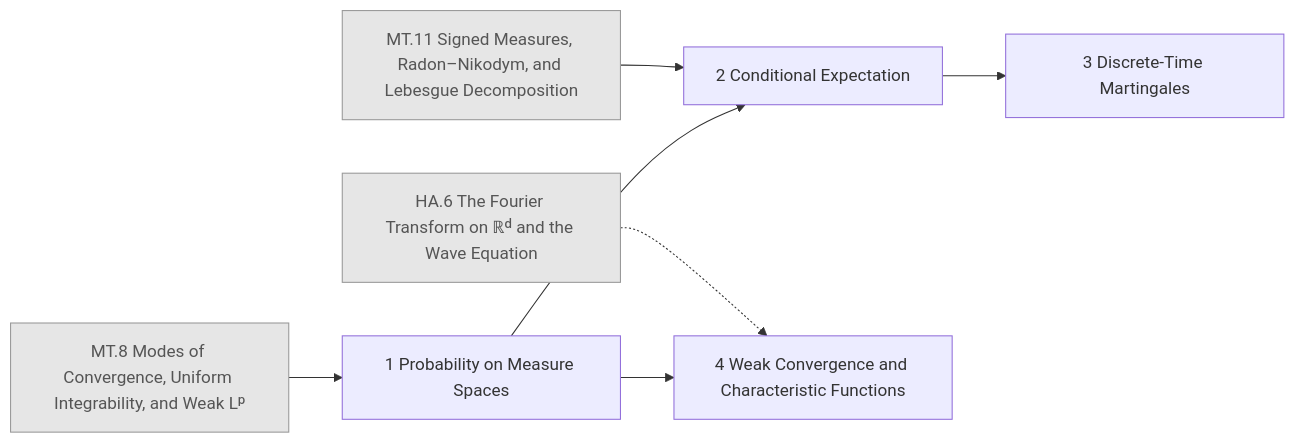
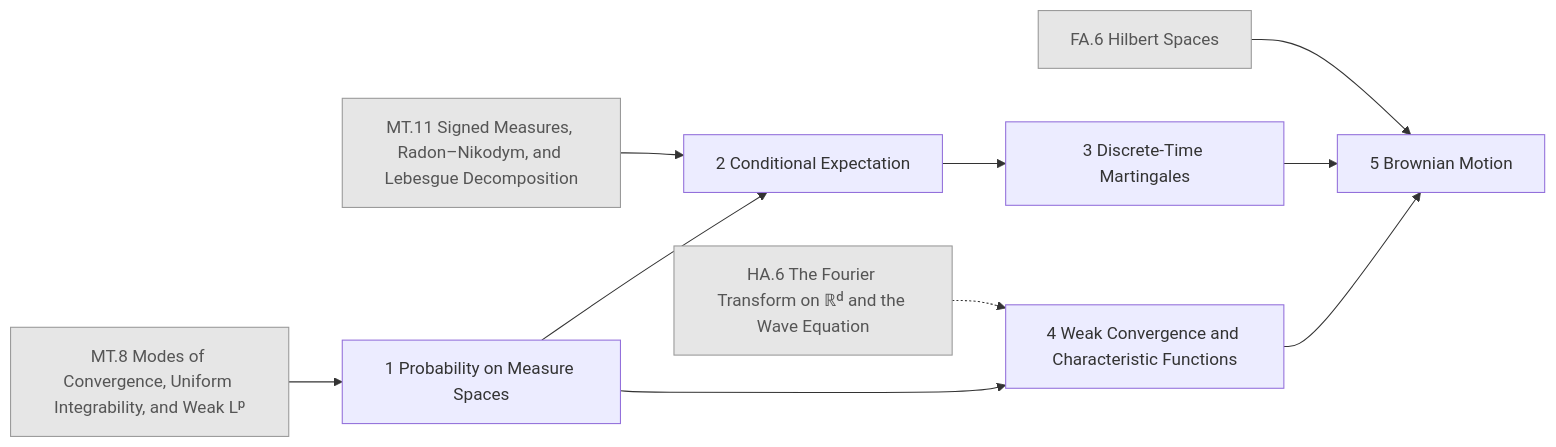
Before and after one commit to AkizumiFox/math-atlas: the diagram in generated/chapters/PR.mmd, drawn with Mermaid. The commit also changed 41 other files, not shown here.

```diff
--- a/generated/chapters/PR.mmd
+++ b/generated/chapters/PR.mmd
@@ -1,17 +1,22 @@
 flowchart LR
+  MT_8["MT.8 Modes of Convergence, Uniform Integrability, and Weak Lᵖ"]:::ext
+  FA_6["FA.6 Hilbert Spaces"]:::ext
+  MT_11["MT.11 Signed Measures, Radon–Nikodym, and Lebesgue Decomposition"]:::ext
   HA_6["HA.6 The Fourier Transform on ℝᵈ and the Wave Equation"]:::ext
-  MT_8["MT.8 Modes of Convergence, Uniform Integrability, and Weak Lᵖ"]:::ext
-  MT_11["MT.11 Signed Measures, Radon–Nikodym, and Lebesgue Decomposition"]:::ext
   PR_1["1 Probability on Measure Spaces"]
   PR_2["2 Conditional Expectation"]
   PR_3["3 Discrete-Time Martingales"]
   PR_4["4 Weak Convergence and Characteristic Functions"]
+  PR_5["5 Brownian Motion"]
   MT_8 --> PR_1
   MT_11 --> PR_2
   PR_1 --> PR_2
   PR_2 --> PR_3
   HA_6 -.-> PR_4
   PR_1 --> PR_4
+  FA_6 --> PR_5
+  PR_3 --> PR_5
+  PR_4 --> PR_5
   classDef ext fill:#e6e6e6,stroke:#999,color:#555
   classDef opt fill:#fff,stroke:#999,stroke-dasharray:4 3,color:#555
   classDef segb fill:#f6f6fb,stroke:#99a,color:#333
```
